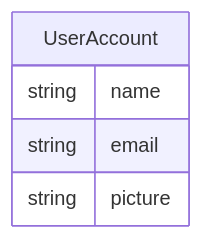
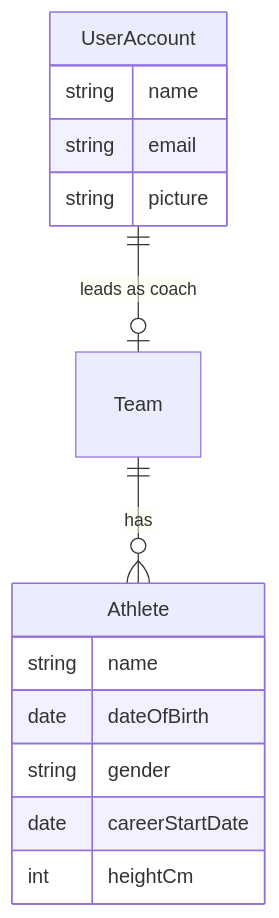
The first of 2 diagrams in openspec/domain-model.md (simonwesthoff/cool), drawn with Mermaid before and after one commit. The commit also changed other lines of this file and 42 other files, not shown here.

````diff
--- a/openspec/domain-model.md
+++ b/openspec/domain-model.md
@@ -18,8 +18,17 @@
 ```mermaid
 erDiagram
+    UserAccount ||--o| Team : "leads as coach"
+    Team ||--o{ Athlete : "has"
     UserAccount {
         string name
         string email
         string picture
     }
+    Athlete {
+        string name
+        date dateOfBirth
+        string gender
+        date careerStartDate
+        int heightCm
+    }
 ```
````
